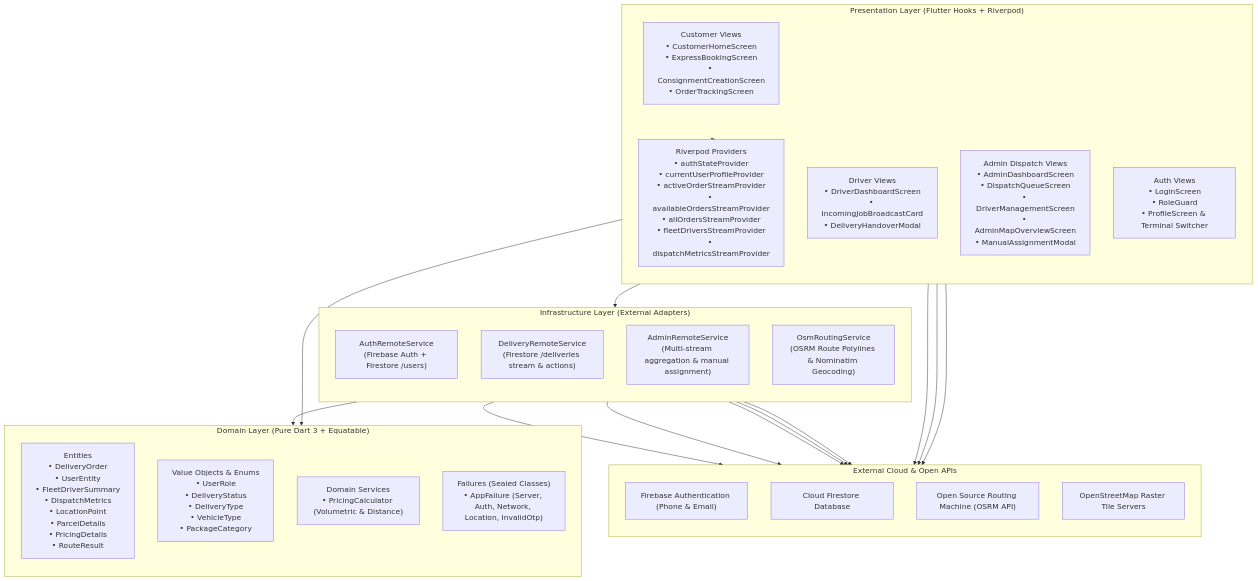
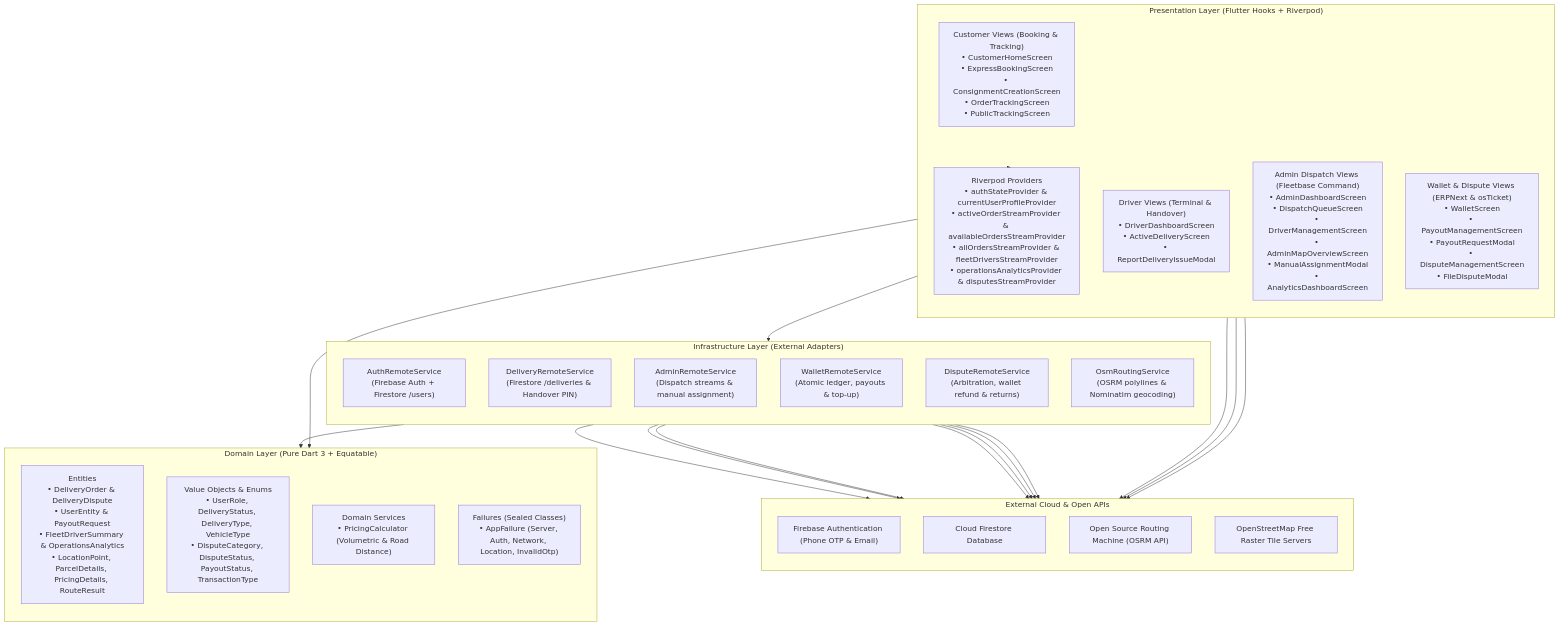
Before and after one commit to Lekki369/e_hailer: the first of 2 diagrams in docs/ARCHITECTURE.md, drawn with Mermaid. The commit also changed other lines of this file and 1 other file, not shown here.

Commit message:
docs(architecture): document Fleetbase, ERPNext, and osTicket operational synthesis

````diff
--- a/docs/ARCHITECTURE.md
+++ b/docs/ARCHITECTURE.md
@@ -18,50 +30,54 @@
 ```mermaid
 flowchart TD
     subgraph UI["Presentation Layer (Flutter Hooks + Riverpod)"]
         direction TB
-        CustomerScreens["Customer Views\n• CustomerHomeScreen\n• ExpressBookingScreen\n• ConsignmentCreationScreen\n• OrderTrackingScreen"]
-        DriverScreens["Driver Views\n• DriverDashboardScreen\n• IncomingJobBroadcastCard\n• DeliveryHandoverModal"]
-        AdminScreens["Admin Dispatch Views\n• AdminDashboardScreen\n• DispatchQueueScreen\n• DriverManagementScreen\n• AdminMapOverviewScreen\n• ManualAssignmentModal"]
-        AuthScreens["Auth Views\n• LoginScreen\n• RoleGuard\n• ProfileScreen & Terminal Switcher"]
+        CustomerScreens["Customer Views (Booking & Tracking)\n• CustomerHomeScreen\n• ExpressBookingScreen\n• ConsignmentCreationScreen\n• OrderTrackingScreen\n• PublicTrackingScreen"]
+        DriverScreens["Driver Views (Terminal & Handover)\n• DriverDashboardScreen\n• ActiveDeliveryScreen\n• ReportDeliveryIssueModal"]
+        AdminScreens["Admin Dispatch Views (Fleetbase Command)\n• AdminDashboardScreen\n• DispatchQueueScreen\n• DriverManagementScreen\n• AdminMapOverviewScreen\n• ManualAssignmentModal\n• AnalyticsDashboardScreen"]
+        WalletScreens["Wallet & Dispute Views (ERPNext & osTicket)\n• WalletScreen\n• PayoutManagementScreen\n• PayoutRequestModal\n• DisputeManagementScreen\n• FileDisputeModal"]
         
-        RiverpodProviders["Riverpod Providers\n• authStateProvider\n• currentUserProfileProvider\n• activeOrderStreamProvider\n• availableOrdersStreamProvider\n• allOrdersStreamProvider\n• fleetDriversStreamProvider\n• dispatchMetricsStreamProvider"]
+        RiverpodProviders["Riverpod Providers\n• authStateProvider & currentUserProfileProvider\n• activeOrderStreamProvider & availableOrdersStreamProvider\n• allOrdersStreamProvider & fleetDriversStreamProvider\n• operationsAnalyticsProvider & disputesStreamProvider"]
     end
 
     subgraph Domain["Domain Layer (Pure Dart 3 + Equatable)"]
         direction TB
-        Entities["Entities\n• DeliveryOrder\n• UserEntity\n• FleetDriverSummary\n• DispatchMetrics\n• LocationPoint\n• ParcelDetails\n• PricingDetails\n• RouteResult"]
-        ValueObjects["Value Objects & Enums\n• UserRole\n• DeliveryStatus\n• DeliveryType\n• VehicleType\n• PackageCategory"]
-        DomainServices["Domain Services\n• PricingCalculator (Volumetric & Distance)"]
+        Entities["Entities\n• DeliveryOrder & DeliveryDispute\n• UserEntity & PayoutRequest\n• FleetDriverSummary & OperationsAnalytics\n• LocationPoint, ParcelDetails, PricingDetails, RouteResult"]
+        ValueObjects["Value Objects & Enums\n• UserRole, DeliveryStatus, DeliveryType, VehicleType\n• DisputeCategory, DisputeStatus, PayoutStatus, TransactionType"]
+        DomainServices["Domain Services\n• PricingCalculator (Volumetric & Road Distance)"]
         Failures["Failures (Sealed Classes)\n• AppFailure (Server, Auth, Network, Location, InvalidOtp)"]
     end
 
     subgraph Infrastructure["Infrastructure Layer (External Adapters)"]
         direction TB
         AuthService["AuthRemoteService\n(Firebase Auth + Firestore /users)"]
-        DeliveryService["DeliveryRemoteService\n(Firestore /deliveries stream & actions)"]
-        AdminService["AdminRemoteService\n(Multi-stream aggregation & manual assignment)"]
-        OsmService["OsmRoutingService\n(OSRM Route Polylines & Nominatim Geocoding)"]
+        DeliveryService["DeliveryRemoteService\n(Firestore /deliveries & Handover PIN)"]
+        AdminService["AdminRemoteService\n(Dispatch streams & manual assignment)"]
+        WalletService["WalletRemoteService\n(Atomic ledger, payouts & top-up)"]
+        DisputeService["DisputeRemoteService\n(Arbitration, wallet refund & returns)"]
+        OsmService["OsmRoutingService\n(OSRM polylines & Nominatim geocoding)"]
     end
 
     subgraph CloudServices["External Cloud & Open APIs"]
         direction TB
-        FirebaseAuth["Firebase Authentication (Phone & Email)"]
+        FirebaseAuth["Firebase Authentication (Phone OTP & Email)"]
         Firestore["Cloud Firestore Database"]
         OSRM["Open Source Routing Machine (OSRM API)"]
-        OSM["OpenStreetMap Raster Tile Servers"]
+        OSM["OpenStreetMap Free Raster Tile Servers"]
     end
 
     UI --> RiverpodProviders
     RiverpodProviders --> Infrastructure
     Infrastructure --> Domain
     UI --> Domain
     
     AuthService --> FirebaseAuth
     AuthService --> Firestore
     DeliveryService --> Firestore
     AdminService --> Firestore
+    WalletService --> Firestore
+    DisputeService --> Firestore
     OsmService --> OSRM
     CustomerScreens --> OSM
     DriverScreens --> OSM
     AdminScreens --> OSM
 ```
````
